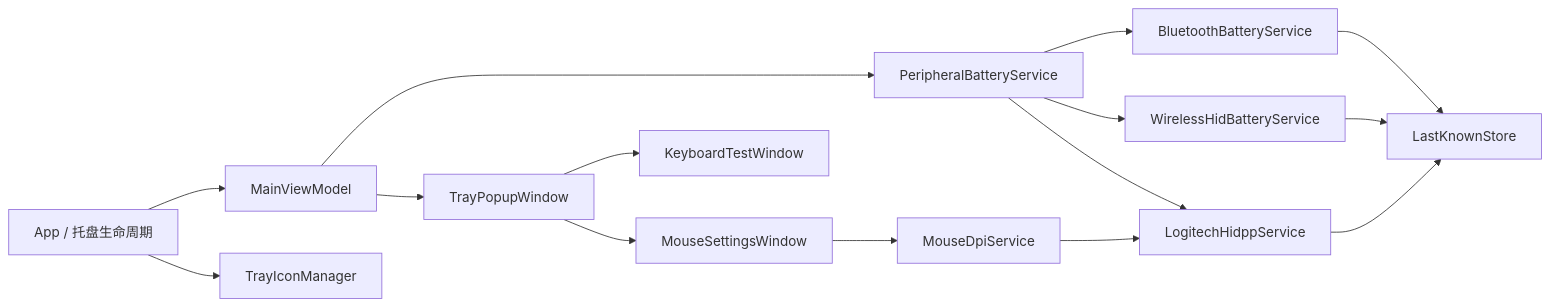
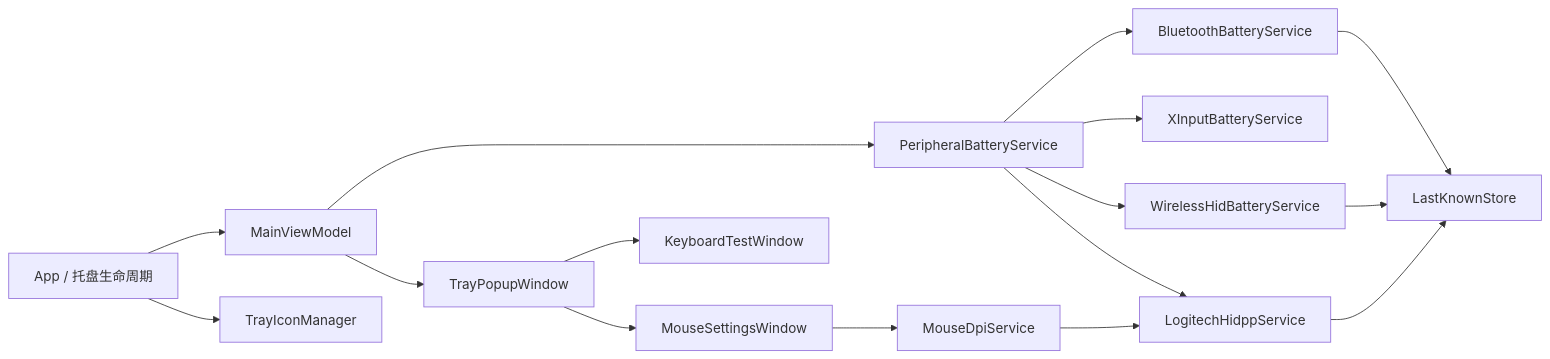
Before and after one commit to 703488625/battery-dock: the first of 2 diagrams in docs/ARCHITECTURE.md, drawn with Mermaid. The commit also changed other lines of this file and 18 other files, not shown here.

````diff
--- a/docs/ARCHITECTURE.md
+++ b/docs/ARCHITECTURE.md
@@ -7,17 +7,18 @@
 ```mermaid
 flowchart LR
     App[App / 托盘生命周期] --> VM[MainViewModel]
     VM --> PBS[PeripheralBatteryService]
     PBS --> BTS[BluetoothBatteryService]
+    PBS --> XIS[XInputBatteryService]
     PBS --> WHS[WirelessHidBatteryService]
     PBS --> LGS[LogitechHidppService]
     BTS --> BK[LastKnownStore]
     WHS --> BK
     LGS --> BK
     VM --> UI[TrayPopupWindow]
     App --> Tray[TrayIconManager]
     UI --> KBD[KeyboardTestWindow]
     UI --> MSE[MouseSettingsWindow]
     MSE --> DPI[MouseDpiService]
     DPI --> LGS
 ```
````
